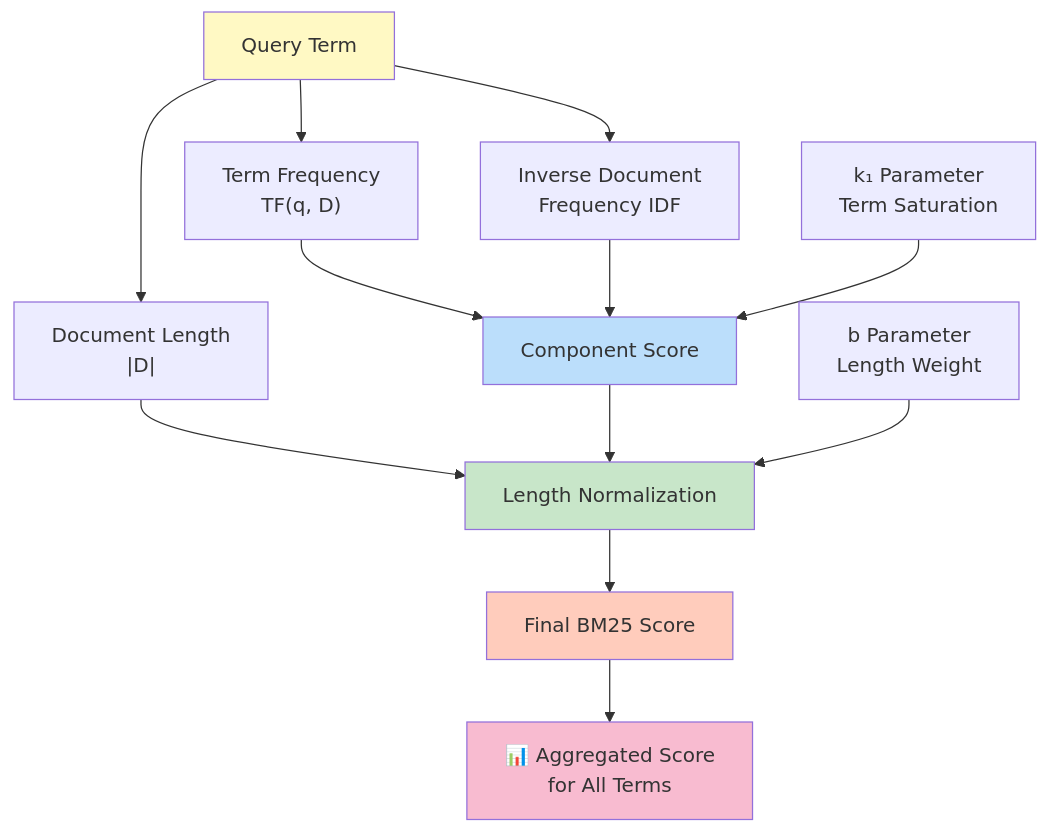
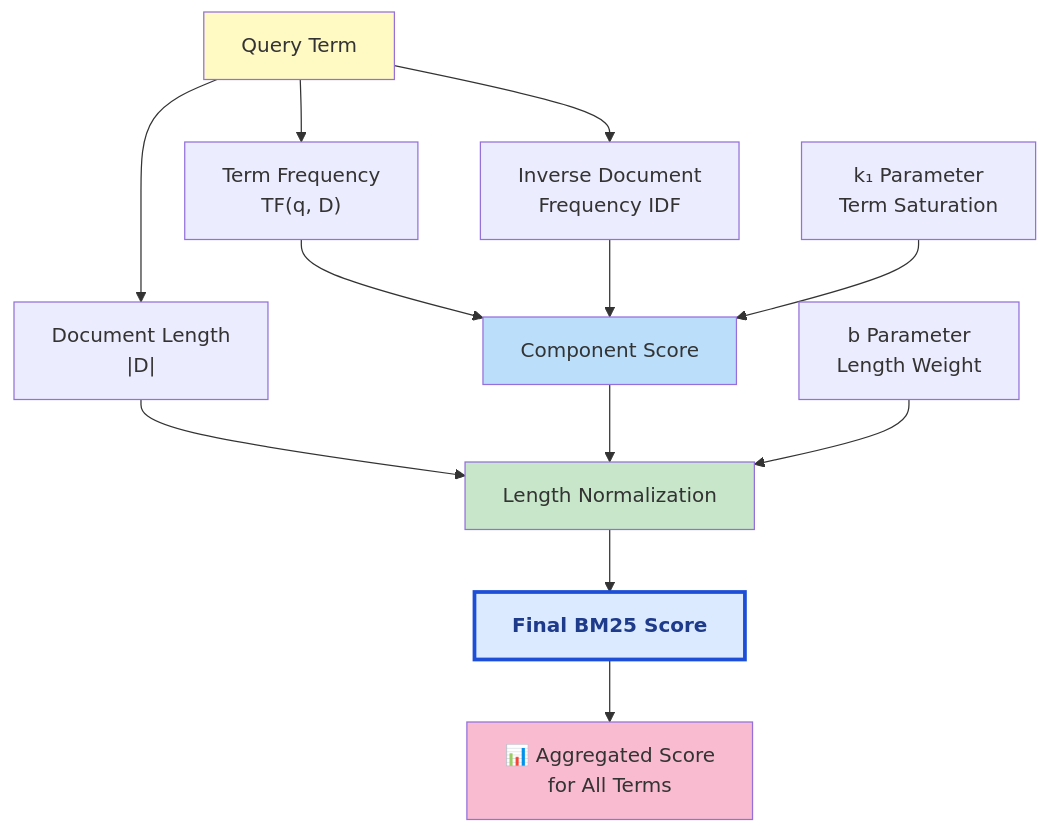
The second of 4 diagrams in B/BM25.md (ilwon-seo/terms), drawn with Mermaid before and after one commit. The commit also changed other lines of this file and 18 other files, not shown here.

Commit message:
Standardize current-term Mermaid styling

````diff
--- a/B/BM25.md
+++ b/B/BM25.md
@@ -78,24 +79,25 @@
 ```mermaid
 graph TD
     A["Query Term"] --> B["Term Frequency<br/>TF(q, D)"]
     A --> C["Inverse Document<br/>Frequency IDF"]
     A --> D["Document Length<br/>|D|"]
     
     B --> E["Component Score"]
     C --> E
     D --> F["Length Normalization"]
     E --> F
     
     F --> G["Final BM25 Score"]
     
     H["k₁ Parameter<br/>Term Saturation"] --> E
     I["b Parameter<br/>Length Weight"] --> F
     
     G --> J["📊 Aggregated Score<br/>for All Terms"]
     
     style A fill:#fff9c4
     style E fill:#bbdefb
     style F fill:#c8e6c9
-    style G fill:#ffccbc
     style J fill:#f8bbd0
+    classDef currentTerm fill:#dbeafe,stroke:#1d4ed8,stroke-width:3px,color:#1e3a8a,font-weight:bold
+    class G currentTerm
 ```
````
